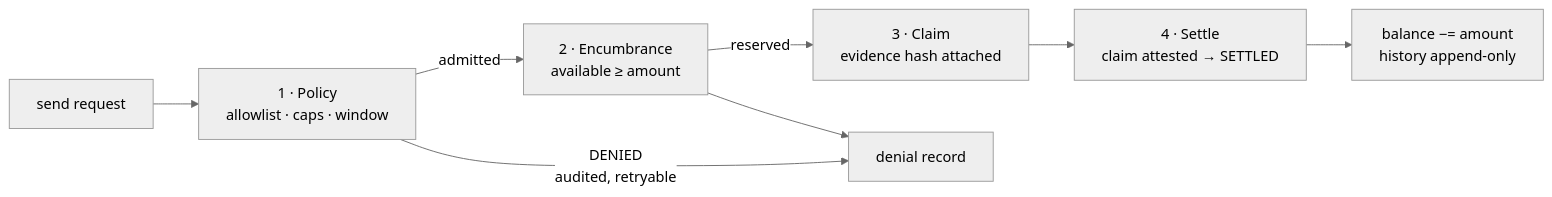
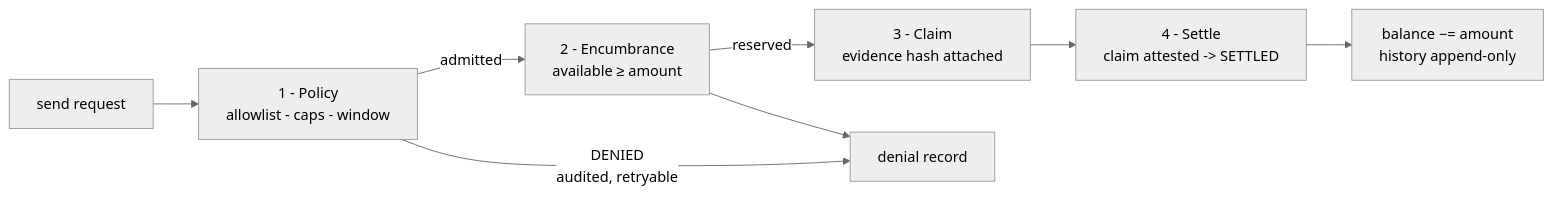
The second of 2 diagrams in primitives/ppa/WHITEPAPER.md (etvjay/Nomos), drawn with Mermaid (neutral theme) before and after one commit. The commit also changed other lines of this file and 2 other files, not shown here.

Commit message:
whitepapers: sanitize mermaid blocks — replace middle-dot and unicode arrows with ASCII (GitHub renderer compatibility)

````diff
--- a/primitives/ppa/WHITEPAPER.md
+++ b/primitives/ppa/WHITEPAPER.md
@@ -92,10 +92,10 @@
 ```mermaid
 flowchart LR
-    REQ["send request"] --> G1["1 · Policy<br/>allowlist · caps · window"]
-    G1 -->|"admitted"| G2["2 · Encumbrance<br/>available ≥ amount"]
-    G2 -->|"reserved"| G3["3 · Claim<br/>evidence hash attached"]
-    G3 --> G4["4 · Settle<br/>claim attested → SETTLED"]
+    REQ["send request"] --> G1["1 - Policy<br/>allowlist - caps - window"]
+    G1 -->|"admitted"| G2["2 - Encumbrance<br/>available ≥ amount"]
+    G2 -->|"reserved"| G3["3 - Claim<br/>evidence hash attached"]
+    G3 --> G4["4 - Settle<br/>claim attested -> SETTLED"]
     G1 -->|"DENIED<br/>audited, retryable"| DENY["denial record"]
     G2 --> DENY
     G4 --> OUT["balance −= amount<br/>history append-only"]
 ```
````
